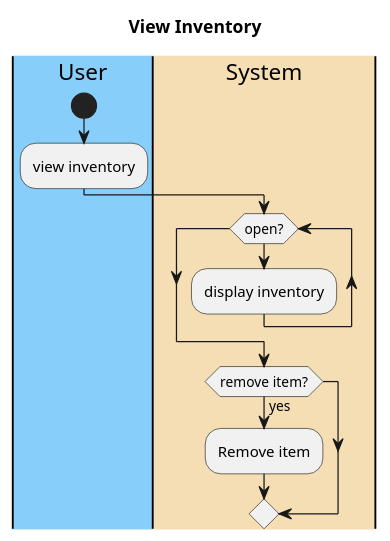
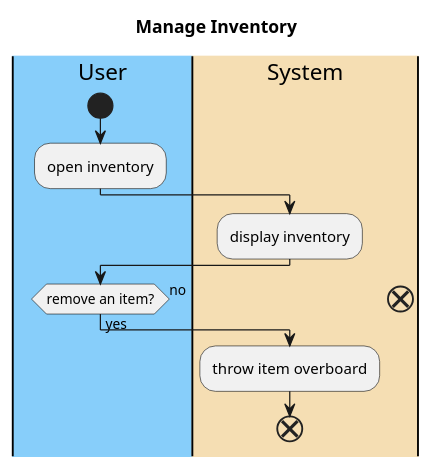
Before and after one commit to emutchek/MaraudersAtSea: the first of 3 diagrams in CMPU_203_PirateGame/doc/use-cases/Interact_with_Inventory.md, drawn with PlantUML. The commit also changed other lines of this file and 1 other file, not shown here.

````diff
--- a/CMPU_203_PirateGame/doc/use-cases/Interact_with_Inventory.md
+++ b/CMPU_203_PirateGame/doc/use-cases/Interact_with_Inventory.md
@@ -34,18 +34,21 @@
 ```PlantUML
 @startuml
-title View Inventory
+title Manage Inventory
 |#LightSkyBlue|User|
 |#Wheat|System|
 
 |User|
 start
-:view inventory;
+:open inventory;
 |System|
-while (open?)
-    :display inventory;
-endwhile
-    if (remove item?) then (yes)
-        :Remove item;
+:display inventory;
+|User|
+if (remove an item?) then (yes)
+|System|
+:throw item overboard;
+end
+else (no)
+end
 
 @enduml
 ```
````
